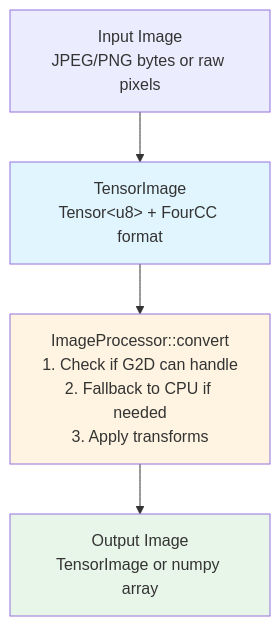
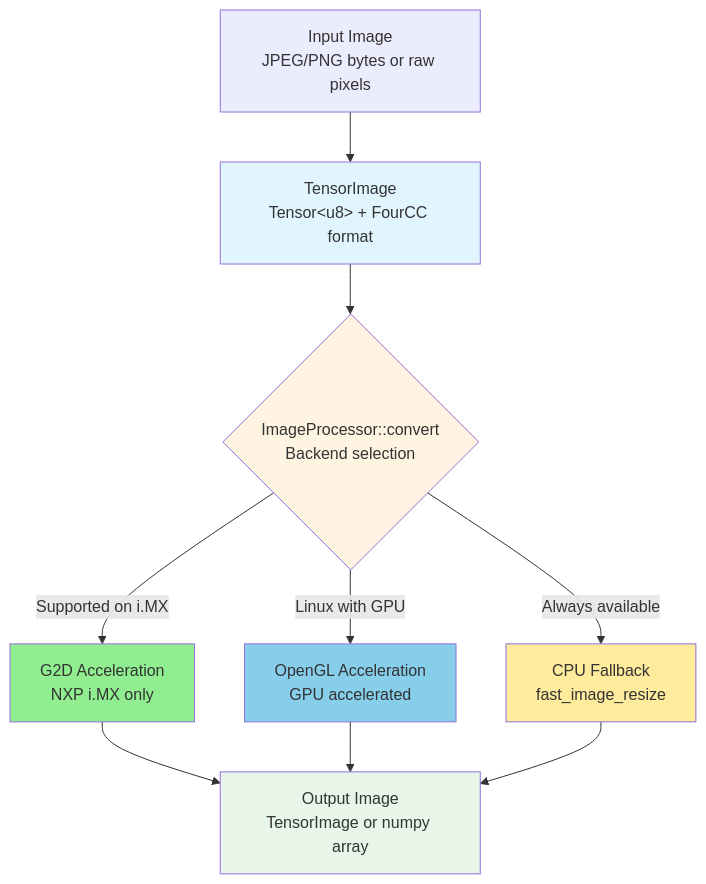
One commit to EdgeFirstAI/hal changed the fifth of 11 diagrams in README.md. Above: the diagram before and after it, drawn with Mermaid. The commit also changed other lines of this file and 7 other files, not shown here.

````diff
--- a/README.md
+++ b/README.md
@@ -214,15 +223,26 @@
 ```mermaid
 flowchart TD
     Input[Input Image<br/>JPEG/PNG bytes or raw pixels]
     TI[TensorImage<br/>Tensor&lt;u8&gt; + FourCC format]
-    Conv[ImageProcessor::convert<br/>1. Check if G2D can handle<br/>2. Fallback to CPU if needed<br/>3. Apply transforms]
+    Conv{ImageProcessor::convert<br/>Backend selection}
+    G2D[G2D Acceleration<br/>NXP i.MX only]
+    GL[OpenGL Acceleration<br/>GPU accelerated]
+    CPU[CPU Fallback<br/>fast_image_resize]
     Output[Output Image<br/>TensorImage or numpy array]
-    
+
     Input --> TI
     TI --> Conv
-    Conv --> Output
-    
+    Conv -->|Supported on i.MX| G2D
+    Conv -->|Linux with GPU| GL
+    Conv -->|Always available| CPU
+    G2D --> Output
+    GL --> Output
+    CPU --> Output
+
     style TI fill:#e1f5ff
     style Conv fill:#fff4e1
+    style G2D fill:#90ee90
+    style GL fill:#87ceeb
+    style CPU fill:#ffeb9c
     style Output fill:#e8f5e9
 ```
````
